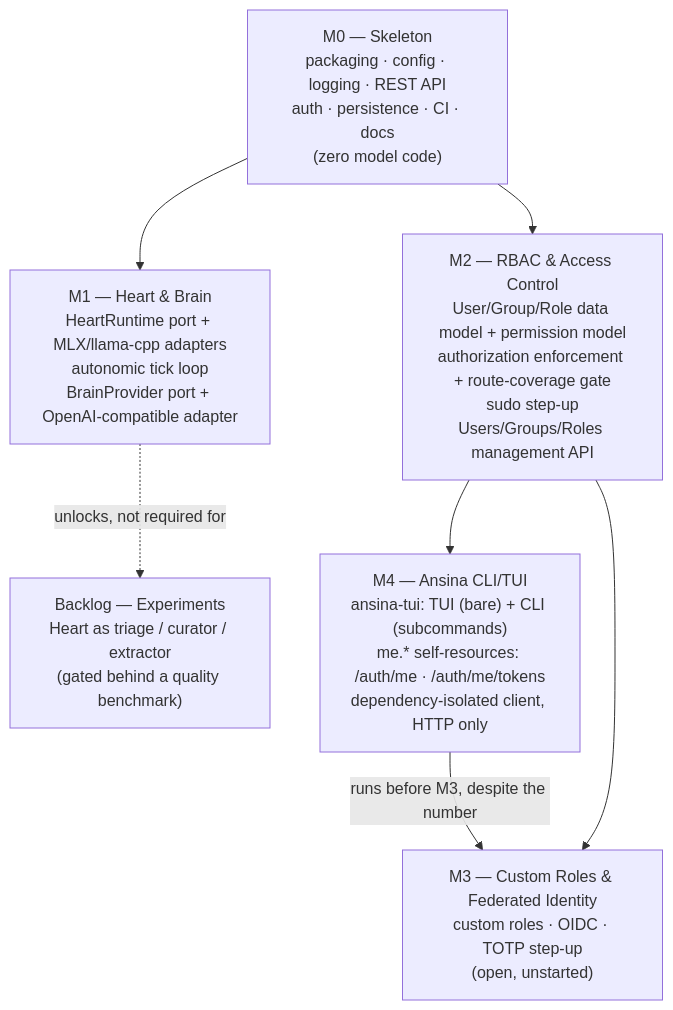
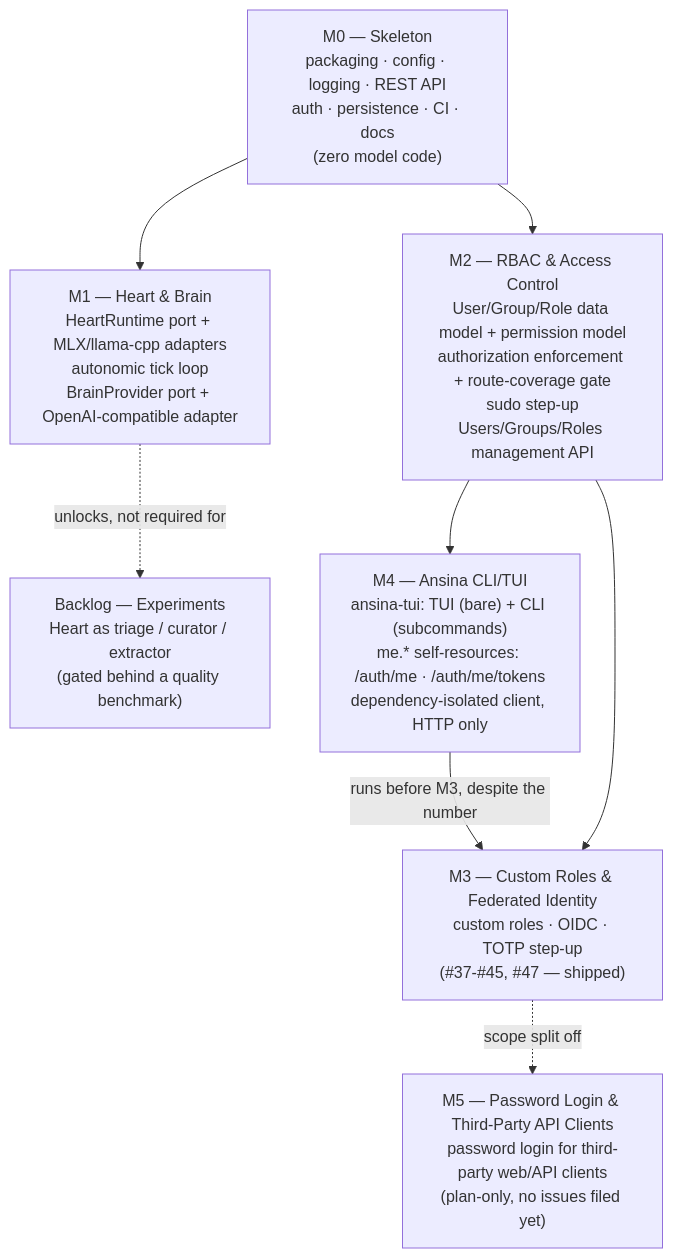
One commit to giacchetta/ansina changed the second of 2 diagrams in docs/architecture/blueprint.md. Above: the diagram before and after it, drawn with Mermaid. The commit also changed other lines of this file and 83 other files, not shown here.

First line of the commit message:
Ansina — Custom Roles & Federated Identity (#46)

````diff
--- a/docs/architecture/blueprint.md
+++ b/docs/architecture/blueprint.md
@@ -176,15 +190,17 @@
 ```mermaid
 flowchart TD
     M0["M0 — Skeleton\npackaging · config · logging · REST API\nauth · persistence · CI · docs\n(zero model code)"]
     M1["M1 — Heart & Brain\nHeartRuntime port + MLX/llama-cpp adapters\nautonomic tick loop\nBrainProvider port + OpenAI-compatible adapter"]
     M2["M2 — RBAC & Access Control\nUser/Group/Role data model + permission model\nauthorization enforcement + route-coverage gate\nsudo step-up\nUsers/Groups/Roles management API"]
     M4["M4 — Ansina CLI/TUI\nansina-tui: TUI (bare) + CLI (subcommands)\nme.* self-resources: /auth/me · /auth/me/tokens\ndependency-isolated client, HTTP only"]
-    M3["M3 — Custom Roles & Federated Identity\ncustom roles · OIDC · TOTP step-up\n(open, unstarted)"]
+    M3["M3 — Custom Roles & Federated Identity\ncustom roles · OIDC · TOTP step-up\n(#37-#45, #47 — shipped)"]
+    M5["M5 — Password Login & Third-Party API Clients\npassword login for third-party web/API clients\n(plan-only, no issues filed yet)"]
     BL["Backlog — Experiments\nHeart as triage / curator / extractor\n(gated behind a quality benchmark)"]
     M0 --> M1
     M0 --> M2
     M2 --> M4
     M4 -->|"runs before M3, despite the number"| M3
     M2 --> M3
+    M3 -.scope split off.-> M5
     M1 -.unlocks, not required for.-> BL
 ```
````
